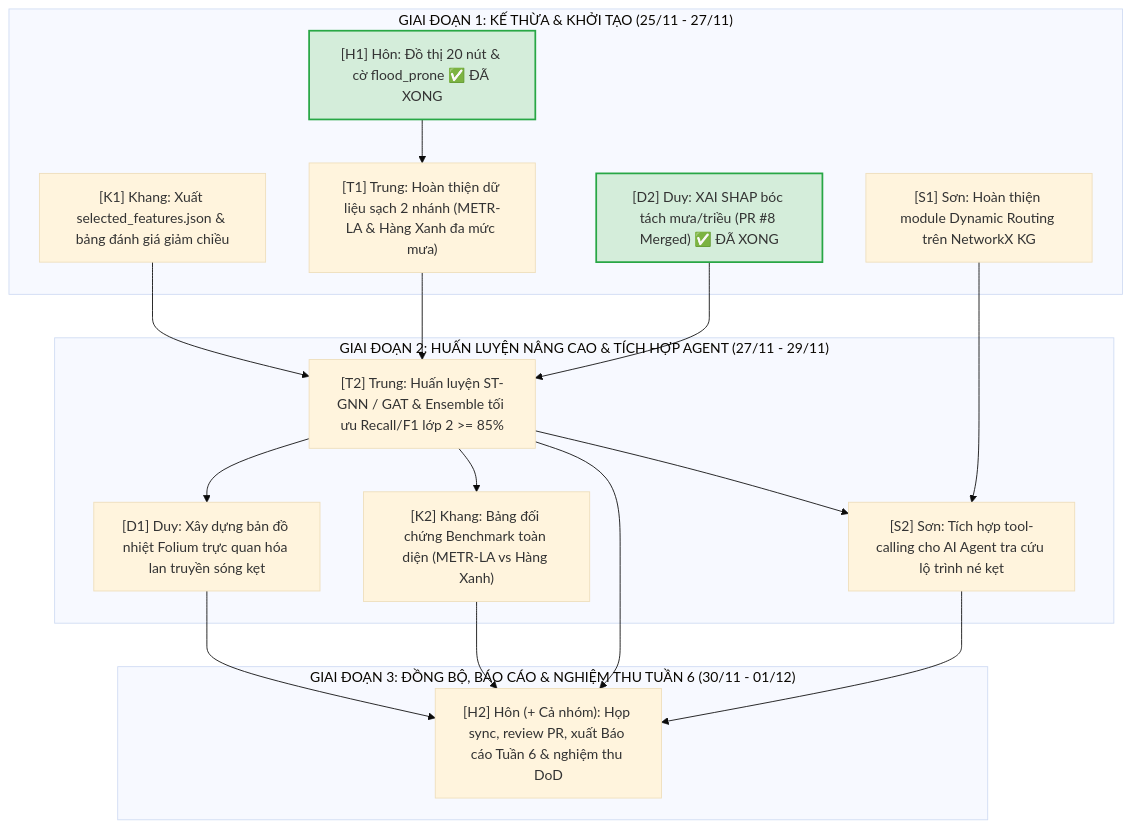
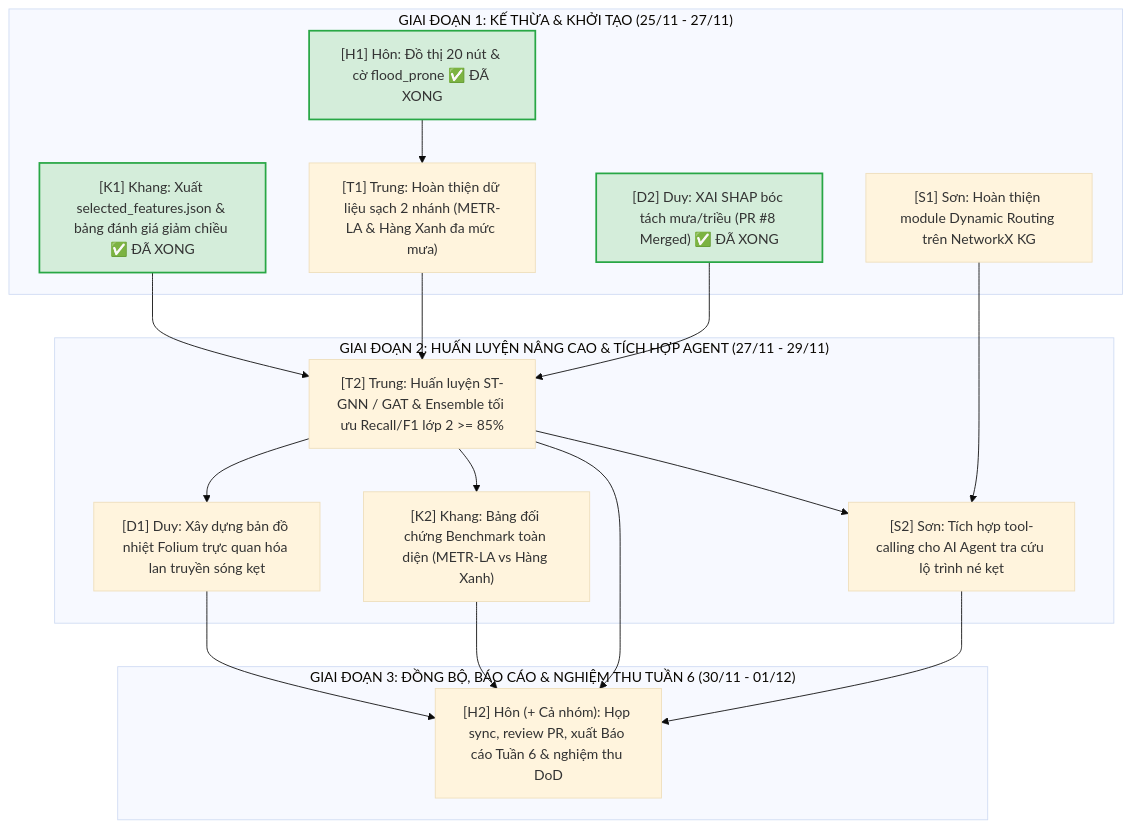
One commit to NDK2002/cs315-traffic-congestion-graph-ml changed the diagram in Ke_Hoach_Thuc_Hien_Tuan_6.md. Above: the diagram before and after it, drawn with Mermaid (base theme). The commit also changed other lines of this file, not shown here.

````diff
--- a/Ke_Hoach_Thuc_Hien_Tuan_6.md
+++ b/Ke_Hoach_Thuc_Hien_Tuan_6.md
@@ -18,37 +18,38 @@
 ```mermaid
 flowchart TD
     subgraph STAGE1["GIAI ĐOẠN 1: KẾ THỪA & KHỞI TẠO (25/11 - 27/11)"]
         D2["[D2] Duy: XAI SHAP bóc tách mưa/triều (PR #8 Merged) ✅ ĐÃ XONG"]
         H1["[H1] Hôn: Đồ thị 20 nút & cờ flood_prone ✅ ĐÃ XONG"]
         T1["[T1] Trung: Hoàn thiện dữ liệu sạch 2 nhánh (METR-LA & Hàng Xanh đa mức mưa)"]
-        K1["[K1] Khang: Xuất selected_features.json & bảng đánh giá giảm chiều"]
+        K1["[K1] Khang: Xuất selected_features.json & bảng đánh giá giảm chiều ✅ ĐÃ XONG"]
         S1["[S1] Sơn: Hoàn thiện module Dynamic Routing trên NetworkX KG"]
     end
 
     subgraph STAGE2["GIAI ĐOẠN 2: HUẤN LUYỆN NÂNG CAO & TÍCH HỢP AGENT (27/11 - 29/11)"]
         T2["[T2] Trung: Huấn luyện ST-GNN / GAT & Ensemble tối ưu Recall/F1 lớp 2 >= 85%"]
         D1["[D1] Duy: Xây dựng bản đồ nhiệt Folium trực quan hóa lan truyền sóng kẹt"]
         S2["[S2] Sơn: Tích hợp tool-calling cho AI Agent tra cứu lộ trình né kẹt"]
         K2["[K2] Khang: Bảng đối chứng Benchmark toàn diện (METR-LA vs Hàng Xanh)"]
     end
 
     subgraph STAGE3["GIAI ĐOẠN 3: ĐỒNG BỘ, BÁO CÁO & NGHIỆM THU TUẦN 6 (30/11 - 01/12)"]
         H2["[H2] Hôn (+ Cả nhóm): Họp sync, review PR, xuất Báo cáo Tuần 6 & nghiệm thu DoD"]
     end
 
     H1 --> T1
     K1 --> T2
     T1 --> T2
     T2 --> K2
     T2 --> S2
     T2 --> D1
     D2 --> T2
     S1 --> S2
     D1 --> H2
     K2 --> H2
     T2 --> H2
     S2 --> H2
 
     style D2 fill:#d4edda,stroke:#28a745,stroke-width:2px
     style H1 fill:#d4edda,stroke:#28a745,stroke-width:2px
+    style K1 fill:#d4edda,stroke:#28a745,stroke-width:2px
 ```
````
